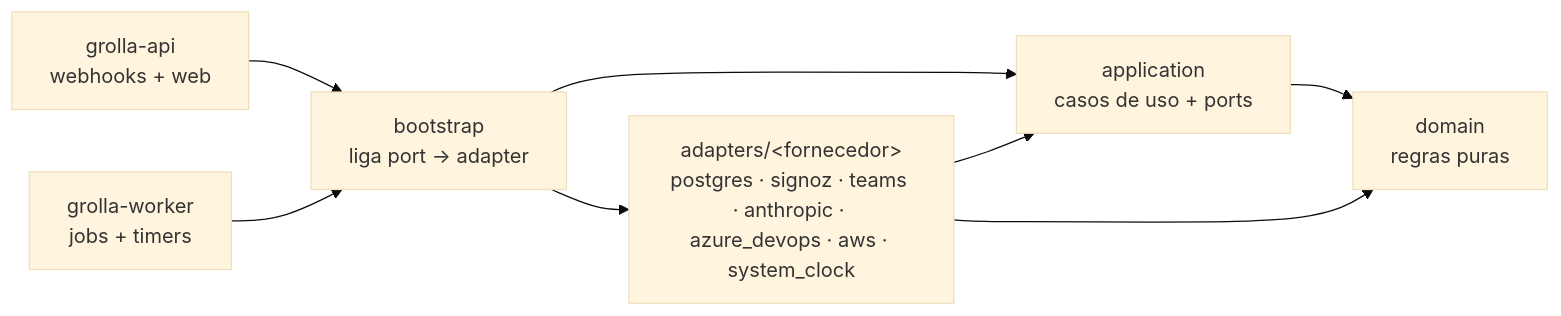
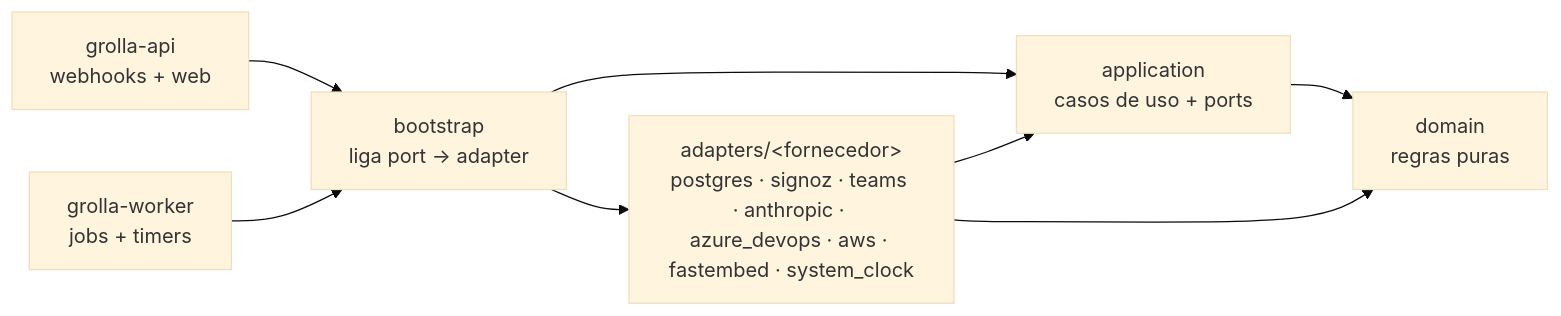
The second of 2 diagrams in README.md (viniciusfaleiro/grolla-agent), drawn with Mermaid (base theme) before and after one commit. The commit also changed other lines of this file and 6 other files, not shown here.

````diff
--- a/README.md
+++ b/README.md
@@ -117,10 +175,10 @@
 ```mermaid
 flowchart LR
   api["grolla-api<br/>webhooks + web"] --> boot
   worker["grolla-worker<br/>jobs + timers"] --> boot
   boot["bootstrap<br/>liga port → adapter"] --> adapters
   boot --> app
-  adapters["adapters/&lt;fornecedor&gt;<br/>postgres · signoz · teams · anthropic · azure_devops · aws · system_clock"] --> app
+  adapters["adapters/&lt;fornecedor&gt;<br/>postgres · signoz · teams · anthropic · azure_devops · aws · fastembed · system_clock"] --> app
   app["application<br/>casos de uso + ports"] --> dom["domain<br/>regras puras"]
   adapters --> dom
 ```
````
